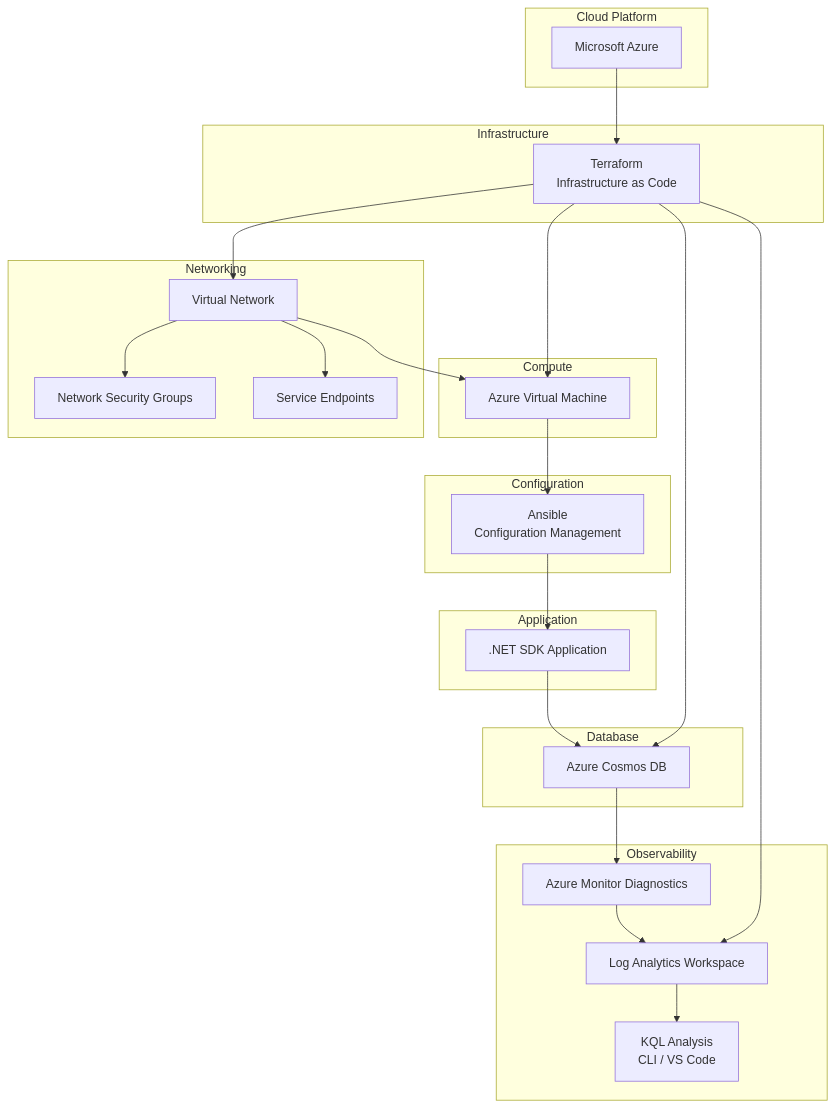
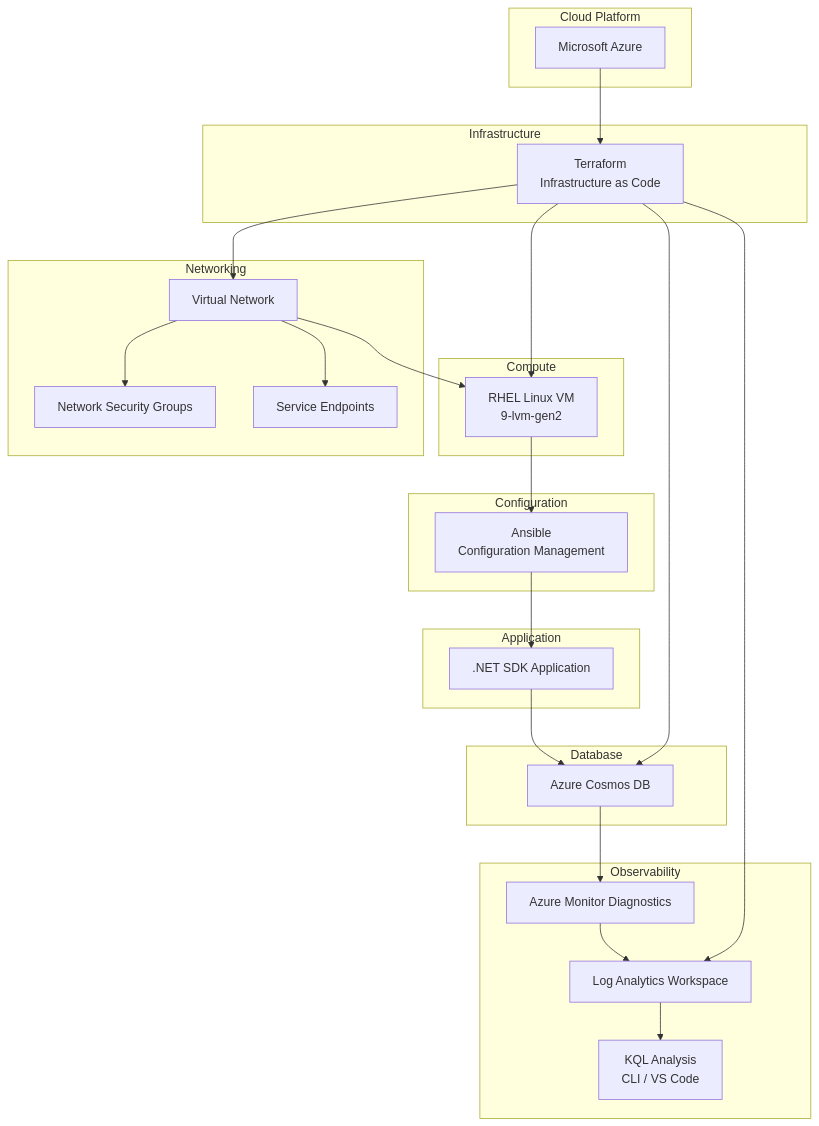
Before and after one commit to hardeymolhar/azure-data-platform: the first of 5 diagrams in README.md, drawn with Mermaid. The commit also changed other lines of this file, not shown here.

````diff
--- a/README.md
+++ b/README.md
@@ -37,59 +37,59 @@
 ```mermaid
 
 flowchart TD
 
 subgraph Cloud Platform
 A[Microsoft Azure]
 end
 
 subgraph Infrastructure
 B[Terraform<br>Infrastructure as Code]
 end
 
 subgraph Networking
 C[Virtual Network]
 D[Network Security Groups]
 E[Service Endpoints]
 end
 
 subgraph Compute
-F[Azure Virtual Machine]
+F[RHEL Linux VM <br> 9-lvm-gen2]
 end
 
 subgraph Configuration
 G[Ansible<br>Configuration Management]
 end
 
 subgraph Application
 H[.NET SDK Application]
 end
 
 subgraph Database
 I[Azure Cosmos DB]
 end
 
 subgraph Observability
 J[Azure Monitor Diagnostics]
 K[Log Analytics Workspace]
 L[KQL Analysis<br>CLI / VS Code]
 end
 
 A --> B
 
 B --> C
 B --> F
 B --> I
 B --> K
 
 C --> D
 C --> E
 C --> F
 
 F --> G
 G --> H
 H --> I
 
 I --> J
 J --> K
 K --> L
 ```
````
